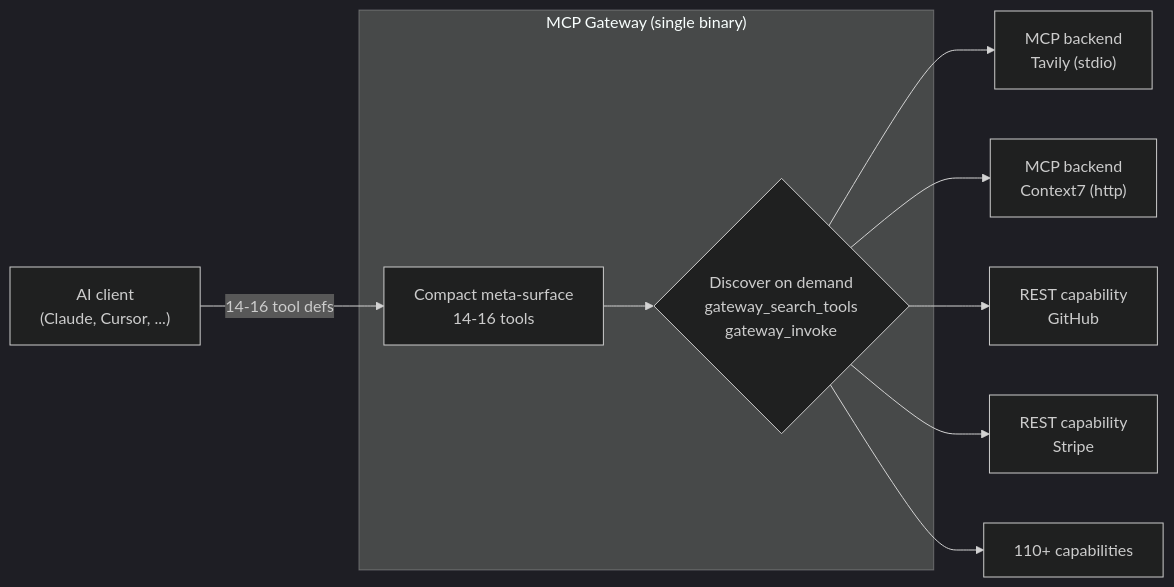
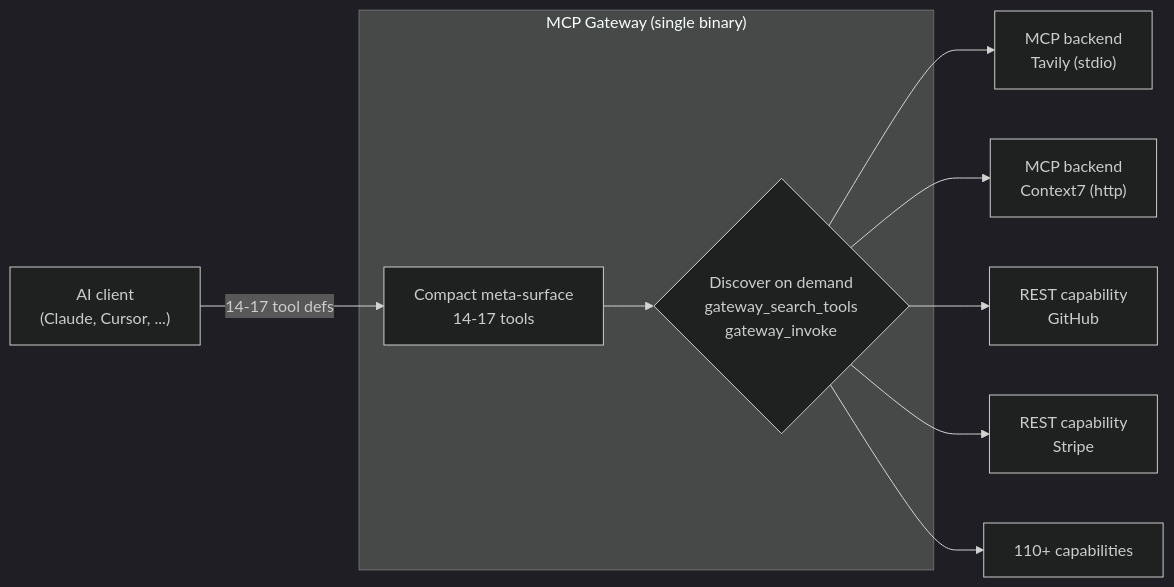
The first of 2 diagrams in README.md (MikkoParkkola/mcp-gateway), drawn with Mermaid (dark theme) before and after one commit. The commit also changed other lines of this file and 450 other files, not shown here.

````diff
--- a/README.md
+++ b/README.md
@@ -33,21 +33,21 @@
 ```mermaid
 flowchart LR
     AI["AI client<br/>(Claude, Cursor, ...)"]
     subgraph GW["MCP Gateway (single binary)"]
-        META["Compact meta-surface<br/>14-16 tools"]
+        META["Compact meta-surface<br/>14-17 tools"]
         DISC{"Discover on demand<br/>gateway_search_tools<br/>gateway_invoke"}
     end
     T1["MCP backend<br/>Tavily (stdio)"]
     T2["MCP backend<br/>Context7 (http)"]
     C1["REST capability<br/>GitHub"]
     C2["REST capability<br/>Stripe"]
     Cn["110+ capabilities"]
 
-    AI -->|"14-16 tool defs"| META
+    AI -->|"14-17 tool defs"| META
     META --> DISC
     DISC --> T1
     DISC --> T2
     DISC --> C1
     DISC --> C2
     DISC --> Cn
 ```
````
